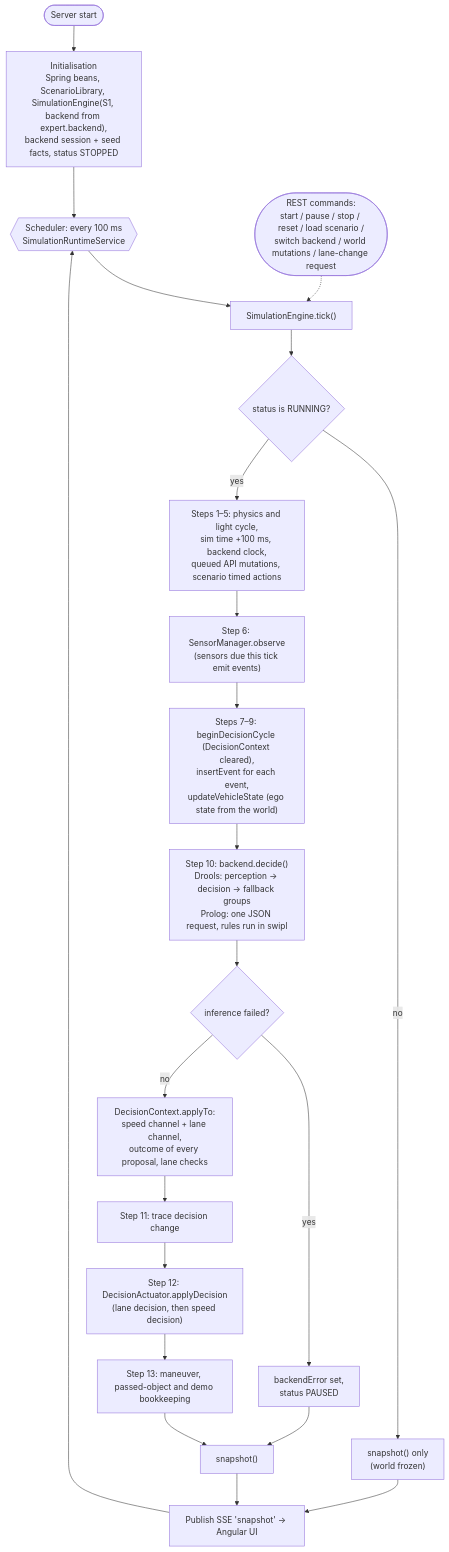
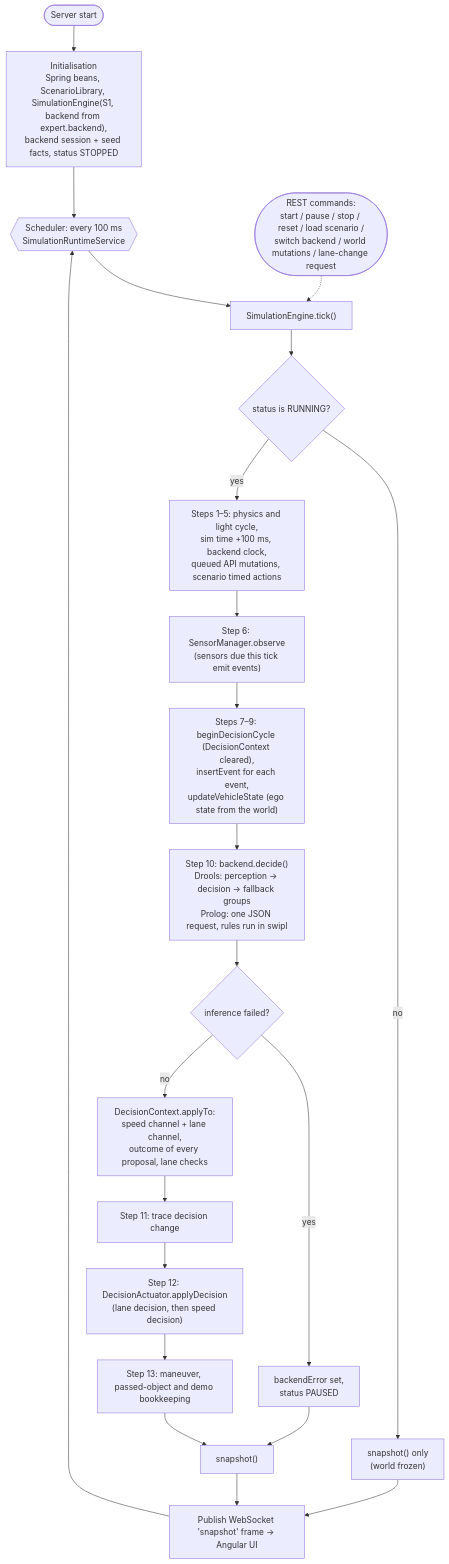
The first of 3 diagrams in docs/EXECUTION_FLOW.md (1-2Drive/projeto-1), drawn with Mermaid before and after one commit. The commit also changed other lines of this file and 25 other files, not shown here.

````diff
--- a/docs/EXECUTION_FLOW.md
+++ b/docs/EXECUTION_FLOW.md
@@ -18,22 +18,22 @@
 ```mermaid
 flowchart TD
     START([Server start]) --> INIT["Initialisation<br/>Spring beans, ScenarioLibrary, SimulationEngine(S1, backend from expert.backend),<br/>backend session + seed facts, status STOPPED"]
     INIT --> LOOP{{"Scheduler: every 100 ms<br/>SimulationRuntimeService"}}
     LOOP --> TICK["SimulationEngine.tick()"]
     TICK --> RUN{"status is RUNNING?"}
     RUN -- no --> SNAP0["snapshot() only<br/>(world frozen)"] --> PUB
     RUN -- yes --> WORLD["Steps 1–5: physics and light cycle,<br/>sim time +100 ms, backend clock,<br/>queued API mutations, scenario timed actions"]
     WORLD --> SENSE["Step 6: SensorManager.observe<br/>(sensors due this tick emit events)"]
     SENSE --> INPUT["Steps 7–9: beginDecisionCycle (DecisionContext cleared),<br/>insertEvent for each event,<br/>updateVehicleState (ego state from the world)"]
     INPUT --> FIRE["Step 10: backend.decide()<br/>Drools: perception → decision → fallback groups<br/>Prolog: one JSON request, rules run in swipl"]
     FIRE --> ERR{"inference failed?"}
     ERR -- yes --> PAUSE["backendError set,<br/>status PAUSED"] --> SNAP
     ERR -- no --> ARB["DecisionContext.applyTo:<br/>speed channel + lane channel,<br/>outcome of every proposal, lane checks"]
     ARB --> DEC["Step 11: trace decision change"]
     DEC --> ACT["Step 12: DecisionActuator.applyDecision<br/>(lane decision, then speed decision)"]
     ACT --> BOOK["Step 13: maneuver, passed-object and demo bookkeeping"]
     BOOK --> SNAP["snapshot()"]
-    SNAP --> PUB["Publish SSE 'snapshot' → Angular UI"]
+    SNAP --> PUB["Publish WebSocket 'snapshot' frame → Angular UI"]
     PUB --> LOOP
     CMD(["REST commands:<br/>start / pause / stop / reset / load scenario /<br/>switch backend / world mutations / lane-change request"]) -.-> TICK
 ```
````
